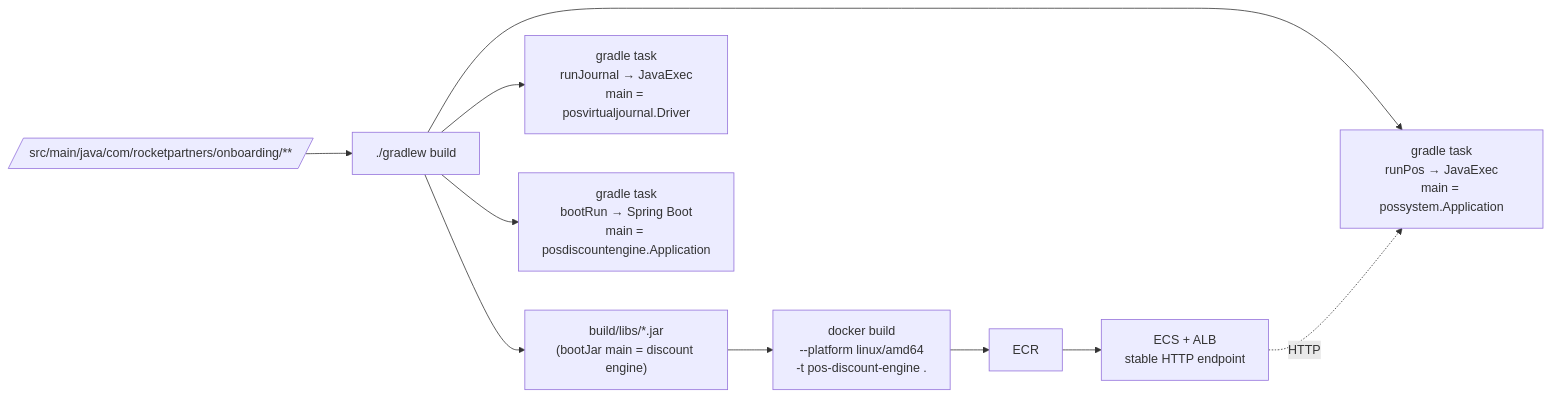
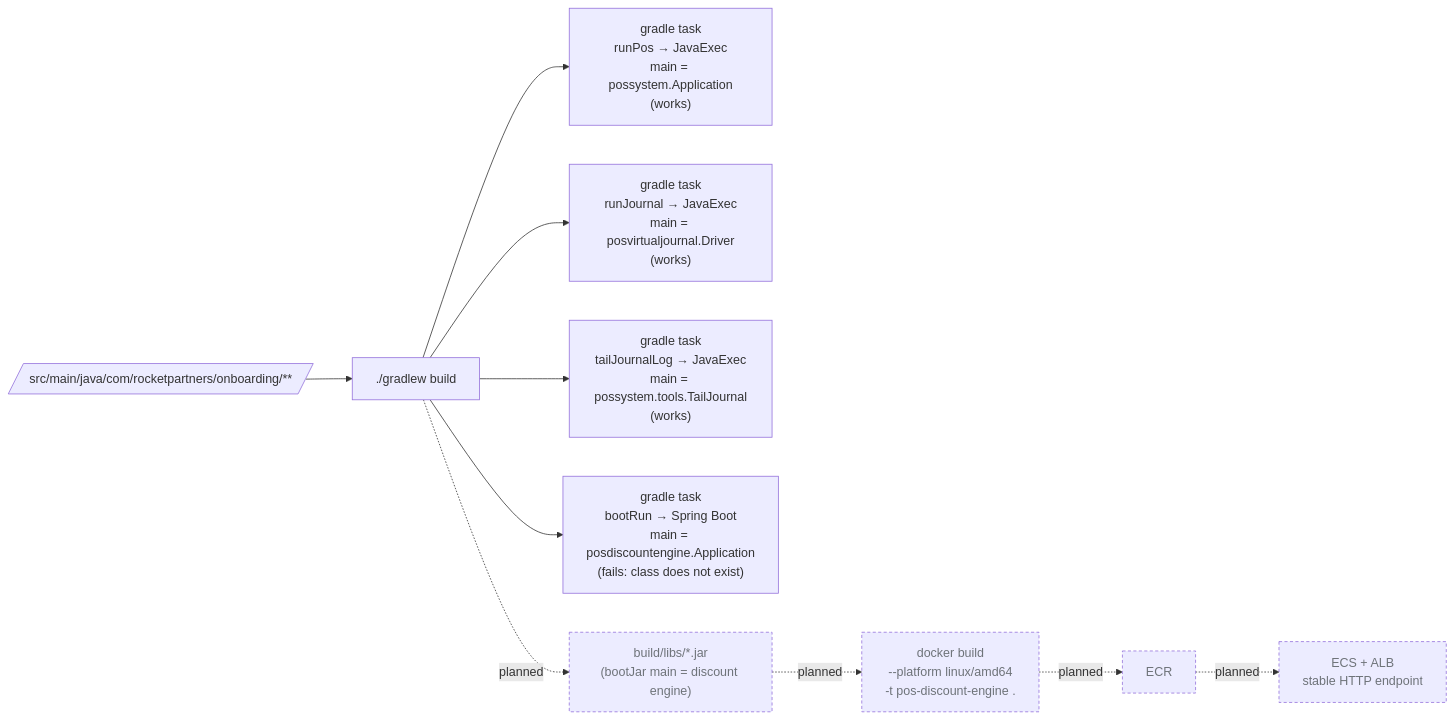
One commit to rhuel-laurente-rp/rocketpartners-pos changed the fourth of 4 diagrams in docs/Phase 1/architecture.md. Above: the diagram before and after it, drawn with Mermaid. The commit also changed other lines of this file and 47 other files, not shown here.

````diff
--- a/docs/Phase 1/architecture.md
+++ b/docs/Phase 1/architecture.md
@@ -124,13 +147,15 @@
 ```mermaid
 flowchart LR
     SRC[/"src/main/java/com/rocketpartners/onboarding/**"/] --> BUILD["./gradlew build"]
-    BUILD --> JAR["build/libs/*.jar<br/>(bootJar main = discount engine)"]
+    BUILD --> TPOS["gradle task<br/>runPos → JavaExec<br/>main = possystem.Application<br/>(works)"]
+    BUILD --> TJRN["gradle task<br/>runJournal → JavaExec<br/>main = posvirtualjournal.Driver<br/>(works)"]
+    BUILD --> TTAIL["gradle task<br/>tailJournalLog → JavaExec<br/>main = possystem.tools.TailJournal<br/>(works)"]
+    BUILD --> TBR["gradle task<br/>bootRun → Spring Boot<br/>main = posdiscountengine.Application<br/>(fails: class does not exist)"]
 
-    BUILD --> TPOS["gradle task<br/>runPos → JavaExec<br/>main = possystem.Application"]
-    BUILD --> TJRN["gradle task<br/>runJournal → JavaExec<br/>main = posvirtualjournal.Driver"]
-    BUILD --> TBR["gradle task<br/>bootRun → Spring Boot<br/>main = posdiscountengine.Application"]
+    BUILD -. planned .-> JAR["build/libs/*.jar<br/>(bootJar main = discount engine)"]
+    JAR -. planned .-> DOCKER["docker build<br/>--platform linux/amd64<br/>-t pos-discount-engine ."]
+    DOCKER -. planned .-> ECR["ECR"] -. planned .-> ECS["ECS + ALB<br/>stable HTTP endpoint"]
 
-    JAR --> DOCKER["docker build<br/>--platform linux/amd64<br/>-t pos-discount-engine ."]
-    DOCKER --> ECR["ECR"] --> ECS["ECS + ALB<br/>stable HTTP endpoint"]
-    ECS -. HTTP .-> TPOS
+    classDef planned stroke-dasharray: 4 3,color:#6E7379
+    class JAR,DOCKER,ECR,ECS planned
 ```
````
